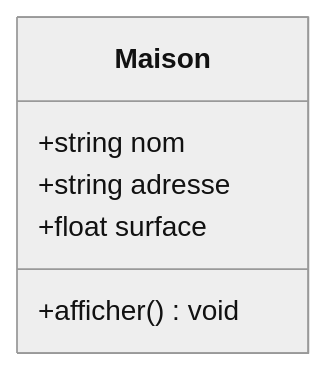
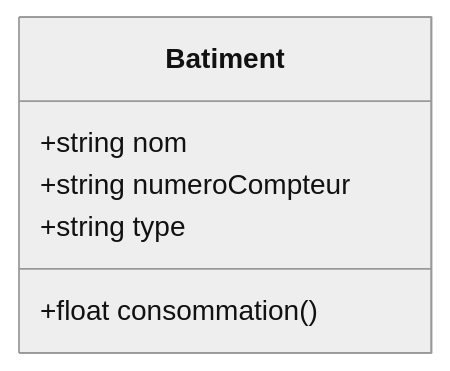
The first of 3 diagrams in composite/READMEV5.md (tanguybernard/prez), drawn with Mermaid (neutral theme) before and after one commit. The commit also changed other lines of this file, not shown here.

````diff
--- a/composite/READMEV5.md
+++ b/composite/READMEV5.md
@@ -2,9 +2,9 @@
 ```mermaid
 classDiagram
-    class Maison {
-        +string nom
-        +string adresse
-        +float surface
-        +afficher() void
-    }
+class Batiment {
++string nom
++string numeroCompteur
++string type
++float consommation()
+}
 ```
````
